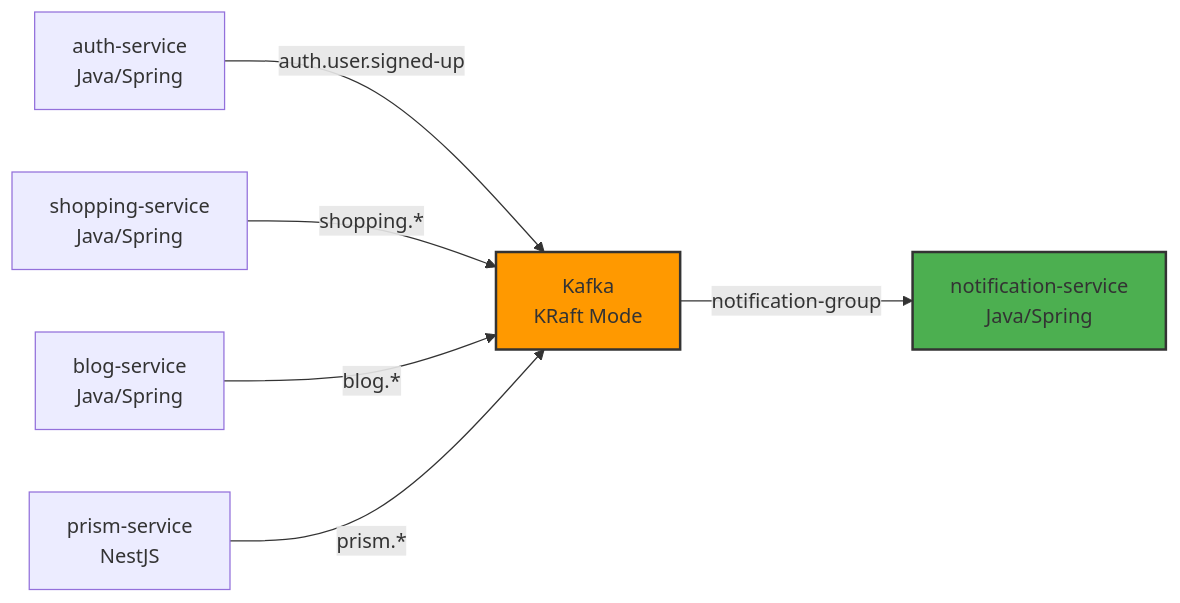
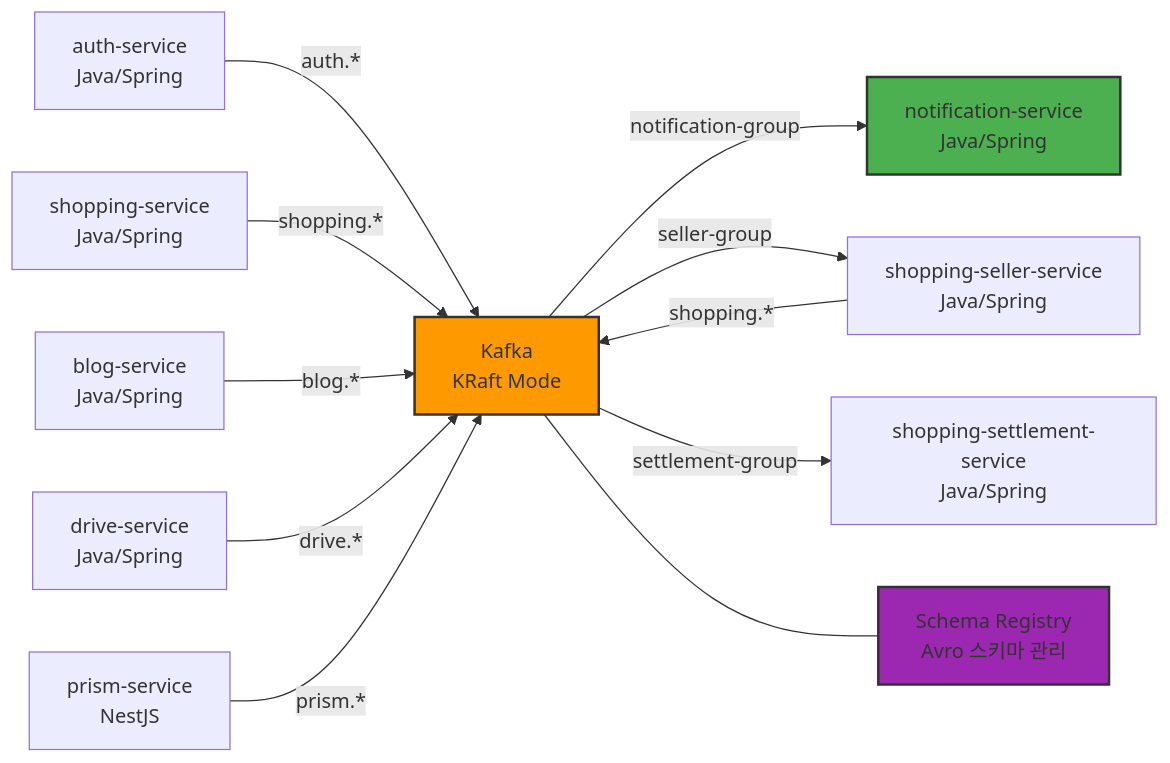
The diagram in docs/architecture/system/event-driven-architecture.md (L-a-z-e/portal-universe), drawn with Mermaid before and after one commit. The commit also changed other lines of this file and 40 other files, not shown here.

First line of the commit message:
feat(event-contracts): add avro schemas, schema-registry infra, and ADR-047

````diff
--- a/docs/architecture/system/event-driven-architecture.md
+++ b/docs/architecture/system/event-driven-architecture.md
@@ -17,11 +17,17 @@
 ```mermaid
 graph LR
-    A[auth-service<br/>Java/Spring] -->|auth.user.signed-up| K[Kafka<br/>KRaft Mode]
+    A[auth-service<br/>Java/Spring] -->|auth.*| K[Kafka<br/>KRaft Mode]
     S[shopping-service<br/>Java/Spring] -->|shopping.*| K
+    SS[shopping-seller-service<br/>Java/Spring] -->|shopping.*| K
     B[blog-service<br/>Java/Spring] -->|blog.*| K
+    D[drive-service<br/>Java/Spring] -->|drive.*| K
     P[prism-service<br/>NestJS] -->|prism.*| K
     K -->|notification-group| N[notification-service<br/>Java/Spring]
+    K -->|seller-group| SS
+    K -->|settlement-group| ST[shopping-settlement-service<br/>Java/Spring]
+    K --- SR[Schema Registry<br/>Avro 스키마 관리]
 
     style K fill:#ff9900,stroke:#333,stroke-width:2px
     style N fill:#4CAF50,stroke:#333,stroke-width:2px
+    style SR fill:#9C27B0,stroke:#333,stroke-width:2px
 ```
````
